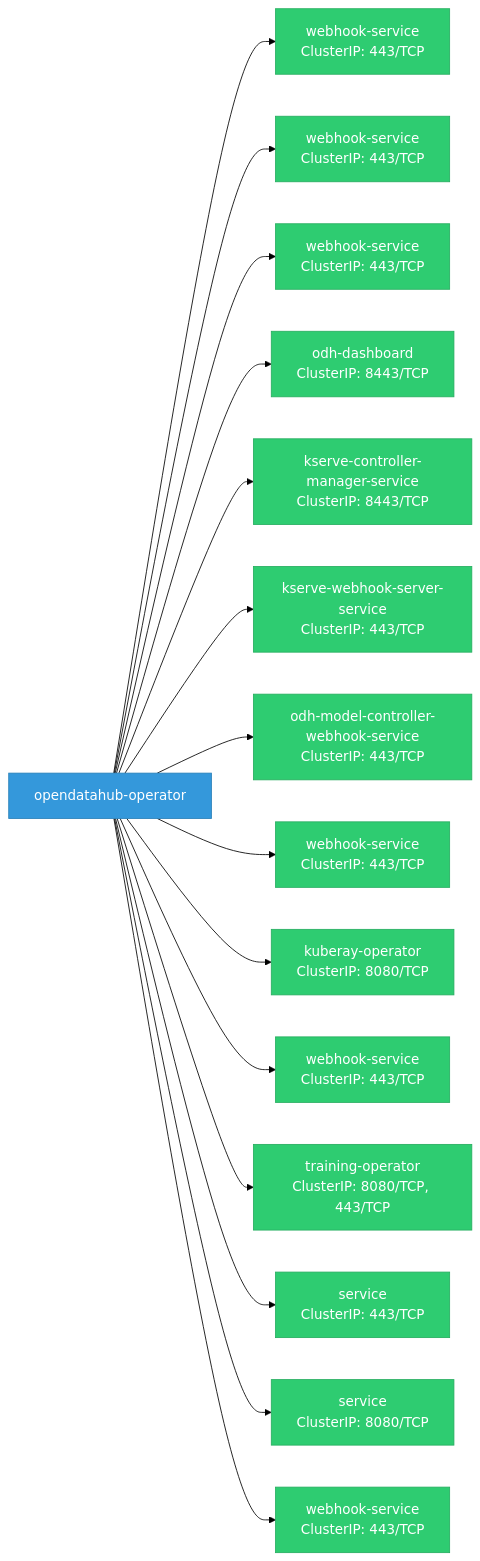
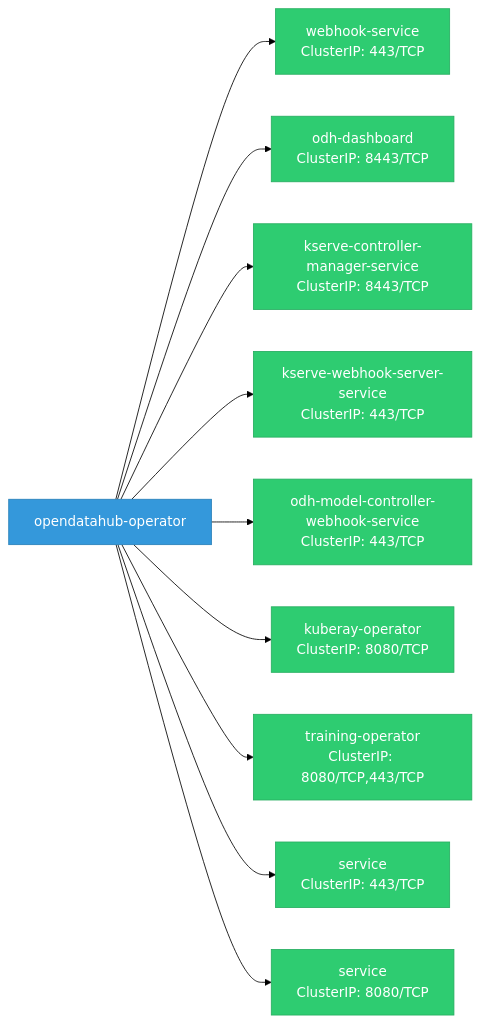
The diagram in site/docs/rhoai-platform/components/opendatahub_operator/network.md (ugiordan/architecture-analyzer), drawn with Mermaid (forest theme) before and after one commit. The commit also changed other lines of this file and 22 other files, not shown here.

````diff
--- a/site/docs/rhoai-platform/components/opendatahub_operator/network.md
+++ b/site/docs/rhoai-platform/components/opendatahub_operator/network.md
@@ -5,21 +7,17 @@
 ```mermaid
 graph LR
     classDef svc fill:#2ecc71,stroke:#27ae60,color:#fff
+    classDef test fill:#95a5a6,stroke:#7f8c8d,color:#fff
     classDef component fill:#3498db,stroke:#2980b9,color:#fff
 
     opendatahub_operator["opendatahub-operator"]:::component
     opendatahub_operator --> svc_0["webhook-service\nClusterIP: 443/TCP"]:::svc
-    opendatahub_operator --> svc_1["webhook-service\nClusterIP: 443/TCP"]:::svc
-    opendatahub_operator --> svc_2["webhook-service\nClusterIP: 443/TCP"]:::svc
-    opendatahub_operator --> svc_3["odh-dashboard\nClusterIP: 8443/TCP"]:::svc
-    opendatahub_operator --> svc_4["kserve-controller-manager-service\nClusterIP: 8443/TCP"]:::svc
-    opendatahub_operator --> svc_5["kserve-webhook-server-service\nClusterIP: 443/TCP"]:::svc
-    opendatahub_operator --> svc_6["odh-model-controller-webhook-service\nClusterIP: 443/TCP"]:::svc
-    opendatahub_operator --> svc_7["webhook-service\nClusterIP: 443/TCP"]:::svc
-    opendatahub_operator --> svc_8["kuberay-operator\nClusterIP: 8080/TCP"]:::svc
-    opendatahub_operator --> svc_9["webhook-service\nClusterIP: 443/TCP"]:::svc
-    opendatahub_operator --> svc_10["training-operator\nClusterIP: 8080/TCP, 443/TCP"]:::svc
-    opendatahub_operator --> svc_11["service\nClusterIP: 443/TCP"]:::svc
-    opendatahub_operator --> svc_12["service\nClusterIP: 8080/TCP"]:::svc
-    opendatahub_operator --> svc_13["webhook-service\nClusterIP: 443/TCP"]:::svc
+    opendatahub_operator --> svc_1["odh-dashboard\nClusterIP: 8443/TCP"]:::svc
+    opendatahub_operator --> svc_2["kserve-controller-manager-service\nClusterIP: 8443/TCP"]:::svc
+    opendatahub_operator --> svc_3["kserve-webhook-server-service\nClusterIP: 443/TCP"]:::svc
+    opendatahub_operator --> svc_4["odh-model-controller-webhook-service\nClusterIP: 443/TCP"]:::svc
+    opendatahub_operator --> svc_5["kuberay-operator\nClusterIP: 8080/TCP"]:::svc
+    opendatahub_operator --> svc_6["training-operator\nClusterIP: 8080/TCP,443/TCP"]:::svc
+    opendatahub_operator --> svc_7["service\nClusterIP: 443/TCP"]:::svc
+    opendatahub_operator --> svc_8["service\nClusterIP: 8080/TCP"]:::svc
 ```
````
